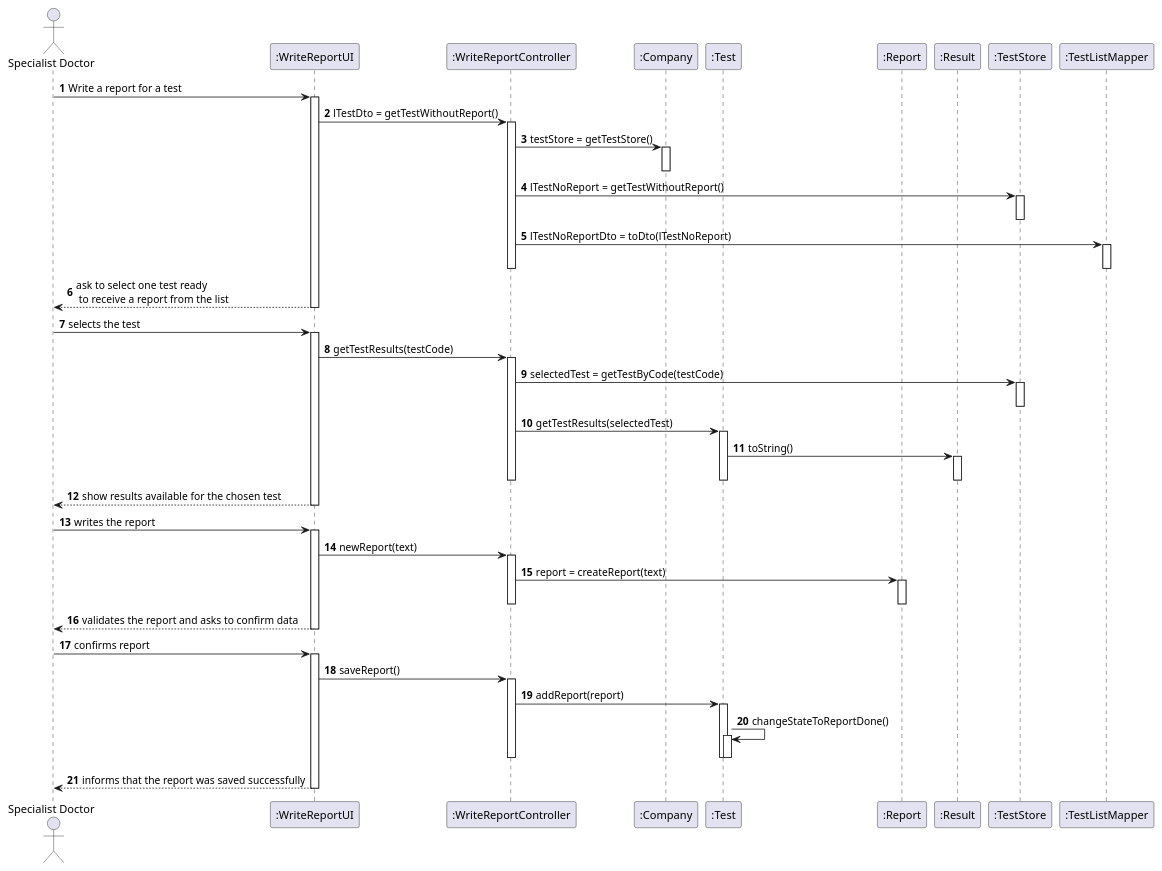
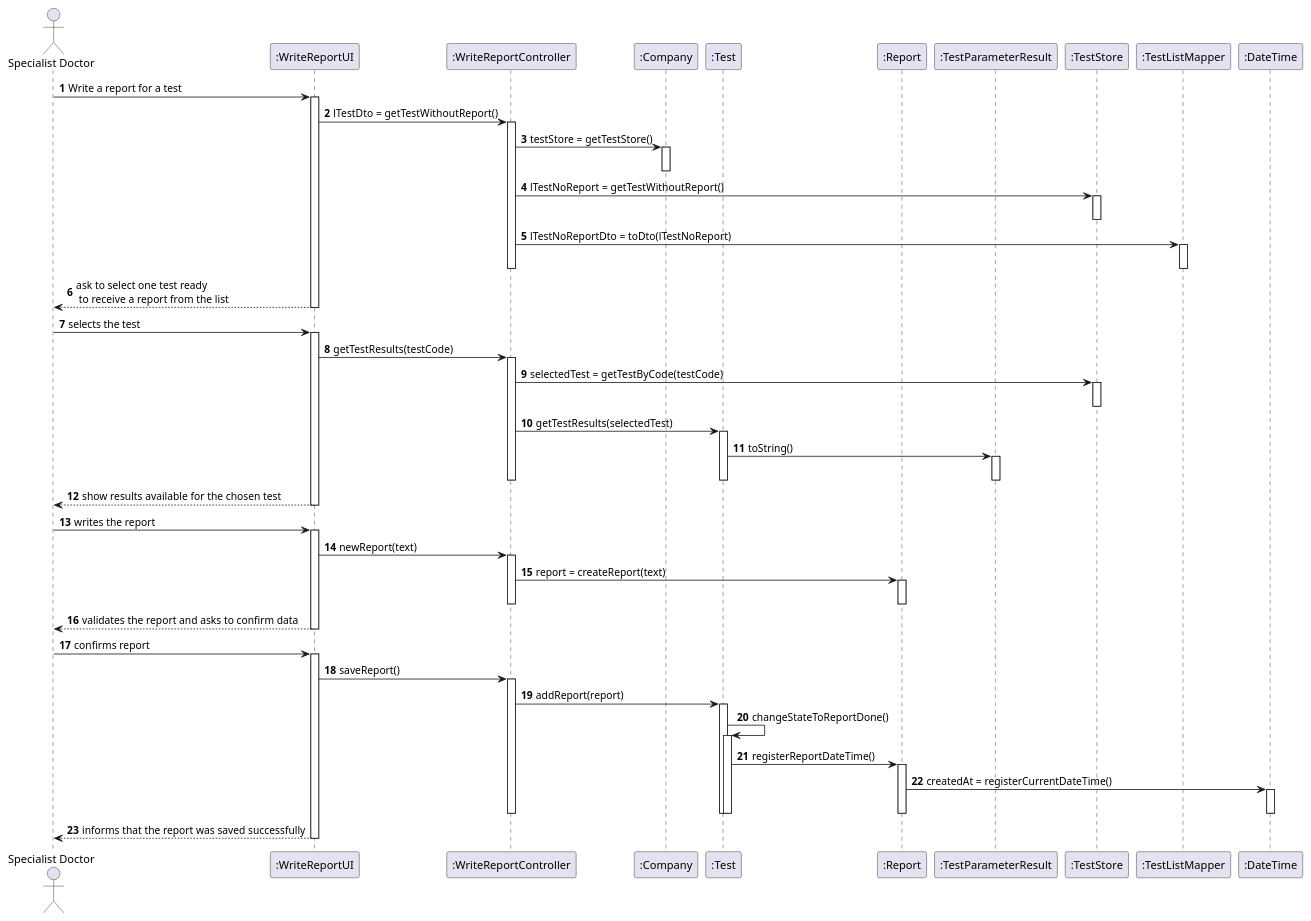
One commit to GuilhermeCunha79/lapr2 changed the diagram in docs/SprintC/US14/US14_SD.puml. Above: the diagram before and after it, drawn with PlantUML. The commit also changed 15 other files, not shown here.

Commit message:
[US14] Commit introduces updates to some diagrams [Implementation] Commit introduces block out of all classes, methods and attributes needed to implement all functionalities of US14

```diff
--- a/docs/SprintC/US14/US14_SD.puml
+++ b/docs/SprintC/US14/US14_SD.puml
@@ -1,72 +1,79 @@
 @startuml
 'https://plantuml.com/sequence-diagram
 
 autonumber
 
 actor "Specialist Doctor" as SD
 participant ":WriteReportUI" as UI
 participant ":WriteReportController" as CTRL
 participant ":Company" as COMP
 participant ":Test" as T
 participant ":Report" as RPRT
-participant ":Result" as RSLT
+participant ":TestParameterResult" as RSLT
 participant ":TestStore" as TS
 participant ":TestListMapper" as TLM
+participant ":DateTime" as DT
 
 SD -> UI : Write a report for a test
 activate UI
 UI -> CTRL : lTestDto = getTestWithoutReport()
     activate CTRL
         CTRL -> COMP : testStore = getTestStore()
         activate COMP
         deactivate COMP
         CTRL -> TS : lTestNoReport = getTestWithoutReport()
         activate TS
         deactivate TS
         CTRL -> TLM : lTestNoReportDto = toDto(lTestNoReport)
         activate TLM
         deactivate TLM
     deactivate CTRL
 UI --> SD : ask to select one test ready \n to receive a report from the list
 deactivate UI
 SD -> UI : selects the test
 activate UI
 UI -> CTRL : getTestResults(testCode)
     activate CTRL
         CTRL -> TS : selectedTest = getTestByCode(testCode)
         activate TS
         deactivate TS
         CTRL -> T : getTestResults(selectedTest)
         activate T
             T -> RSLT : toString()
             activate RSLT
             deactivate RSLT
         deactivate T
     deactivate CTRL
 UI --> SD : show results available for the chosen test
 deactivate UI
 SD -> UI : writes the report
 activate UI
 UI -> CTRL : newReport(text)
     activate CTRL
         CTRL -> RPRT : report = createReport(text)
         activate RPRT
         deactivate RPRT
     deactivate CTRL
 UI --> SD : validates the report and asks to confirm data
 deactivate UI
 SD -> UI : confirms report
 activate UI
 UI -> CTRL : saveReport()
     activate CTRL
         CTRL -> T : addReport(report)
         activate T
             T -> T : changeStateToReportDone()
             activate T
+                T -> RPRT : registerReportDateTime()
+                activate RPRT
+                    RPRT -> DT : createdAt = registerCurrentDateTime()
+                    activate DT
+                    deactivate DT
+                deactivate RPRT
             deactivate T
         deactivate T
     deactivate CTRL
 UI --> SD : informs that the report was saved successfully
 deactivate UI
 
 @enduml
```
